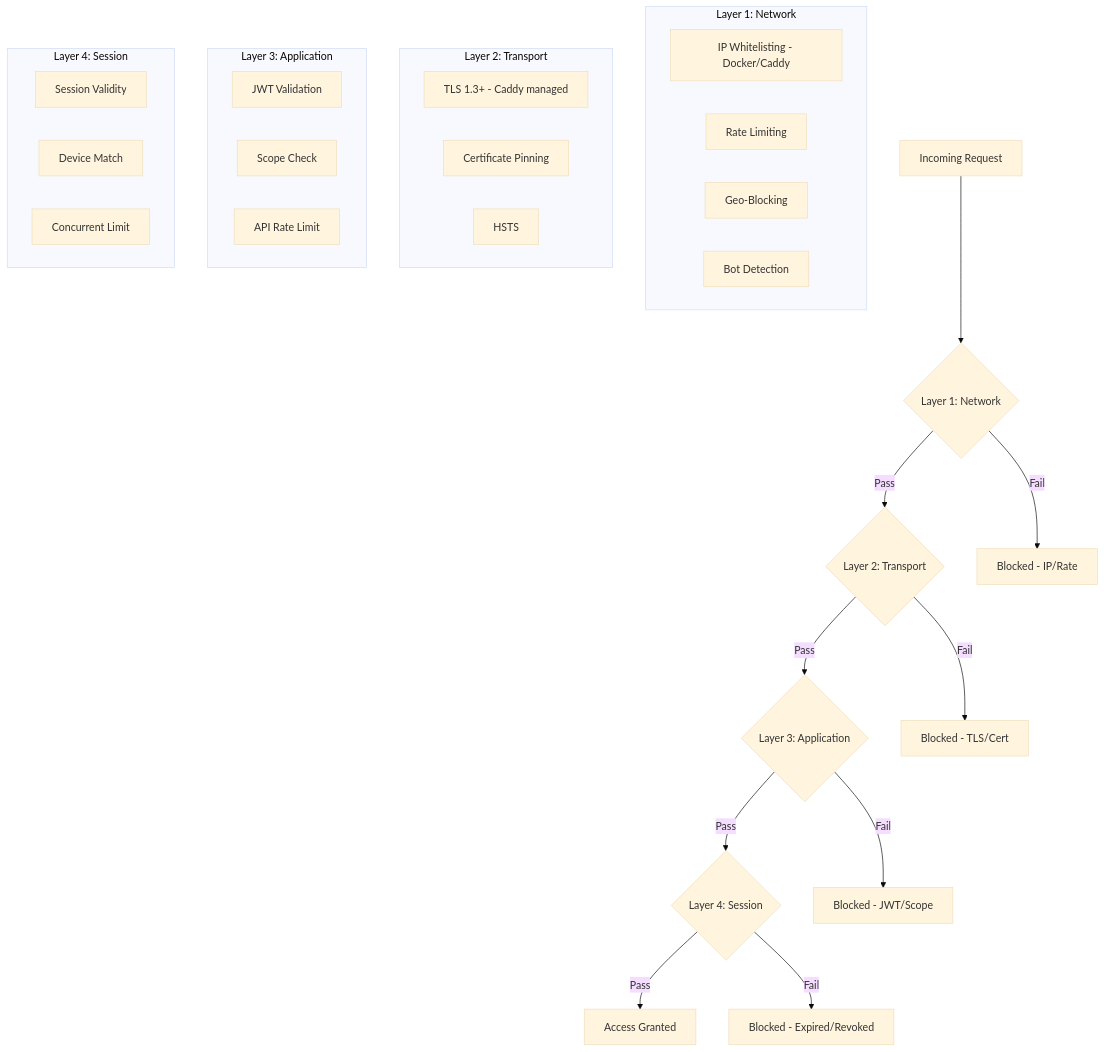
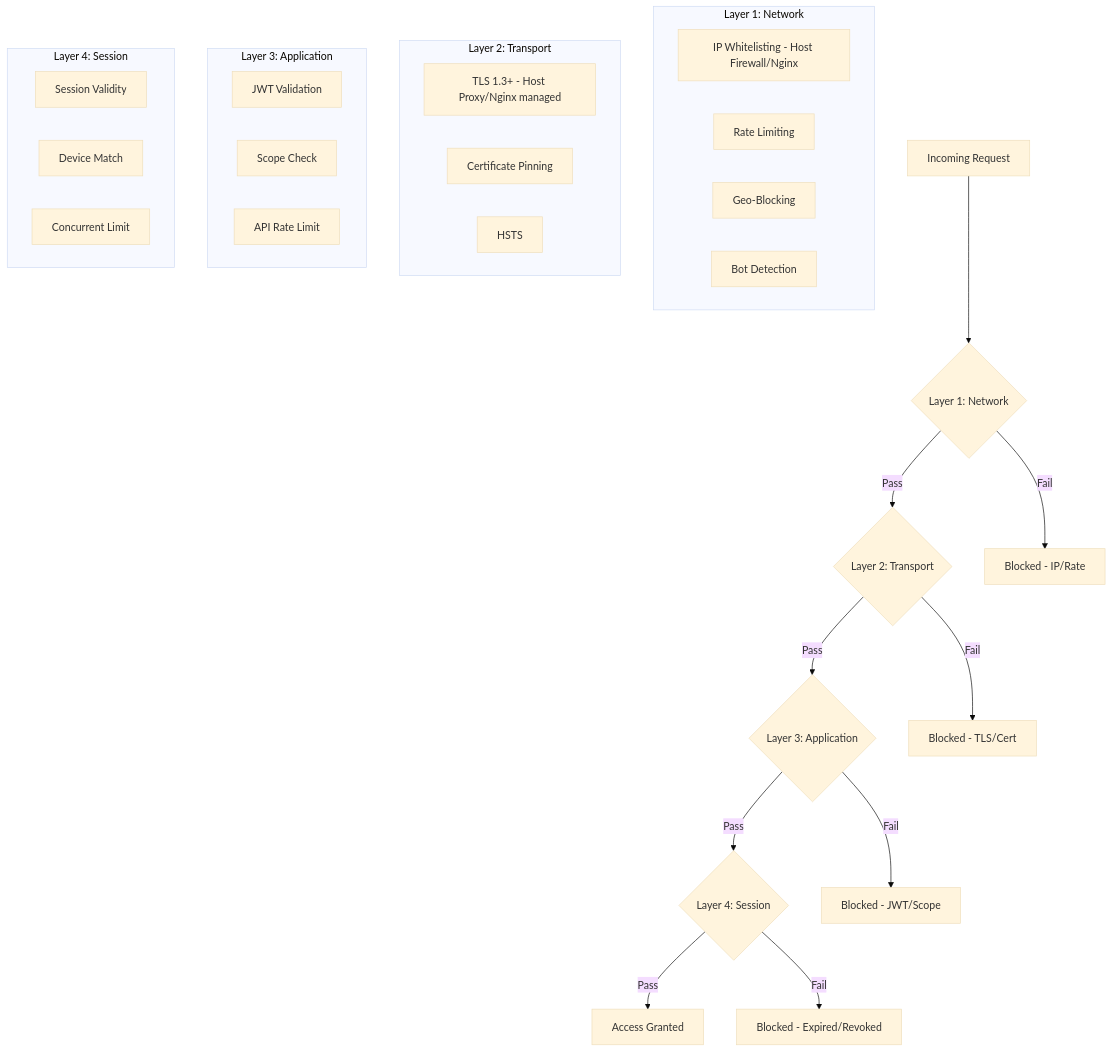
The third of 4 diagrams in docs/ARCHITECTURE.md (ngotuananh101/ponter), drawn with Mermaid (base theme) before and after one commit. The commit also changed other lines of this file and 37 other files, not shown here.

````diff
--- a/docs/ARCHITECTURE.md
+++ b/docs/ARCHITECTURE.md
@@ -248,37 +254,37 @@
 ```mermaid
 flowchart TD
     A[Incoming Request] --> B{Layer 1: Network}
     B -->|Pass| C{Layer 2: Transport}
     B -->|Fail| X1[Blocked - IP/Rate]
     C -->|Pass| D{Layer 3: Application}
     C -->|Fail| X2[Blocked - TLS/Cert]
     D -->|Pass| E{Layer 4: Session}
     D -->|Fail| X3[Blocked - JWT/Scope]
     E -->|Pass| F[Access Granted]
     E -->|Fail| X4[Blocked - Expired/Revoked]
 
     subgraph "Layer 1: Network"
-        B1[IP Whitelisting - Docker/Caddy]
+        B1[IP Whitelisting - Host Firewall/Nginx]
         B2[Rate Limiting]
         B3[Geo-Blocking]
         B4[Bot Detection]
     end
 
     subgraph "Layer 2: Transport"
-        C1[TLS 1.3+ - Caddy managed]
+        C1[TLS 1.3+ - Host Proxy/Nginx managed]
         C2[Certificate Pinning]
         C3[HSTS]
     end
 
     subgraph "Layer 3: Application"
         D1[JWT Validation]
         D2[Scope Check]
         D3[API Rate Limit]
     end
 
     subgraph "Layer 4: Session"
         E1[Session Validity]
         E2[Device Match]
         E3[Concurrent Limit]
     end
 ```
````
